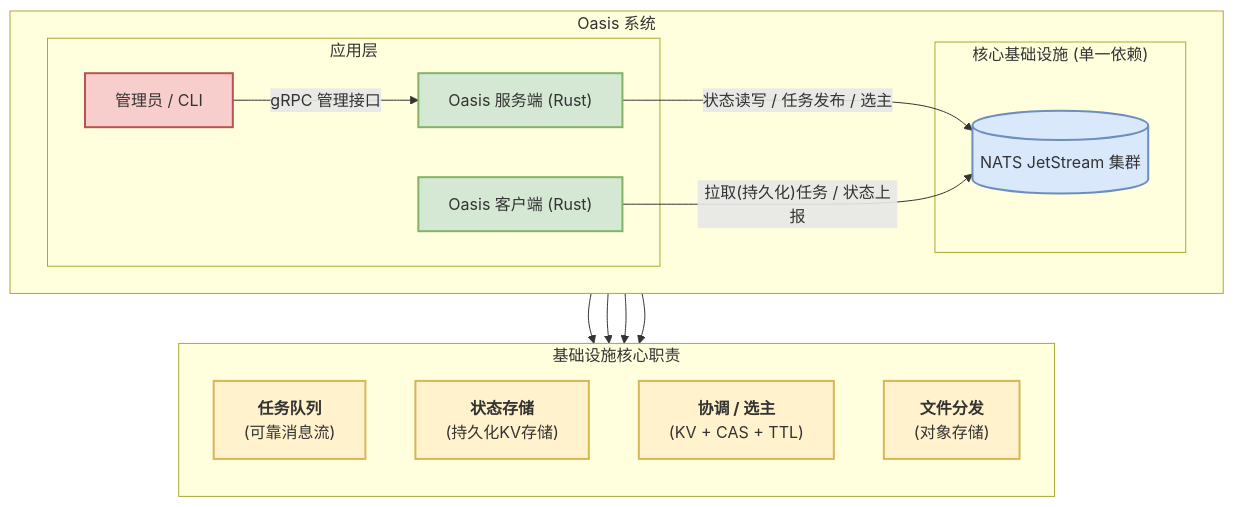
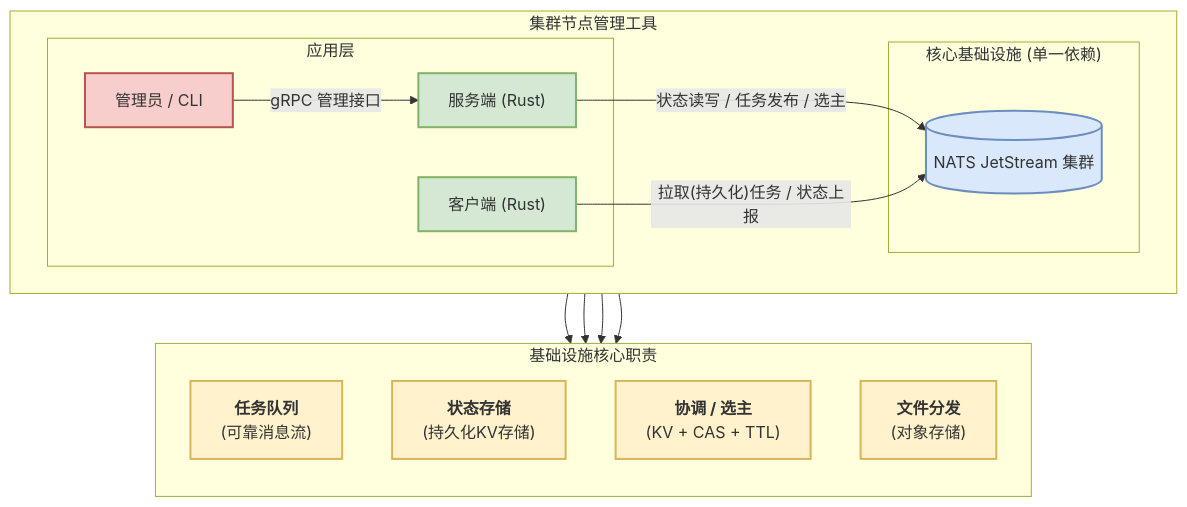
Before and after one commit to CHAK-MING/oasis: the first of 5 diagrams in 大规模集群节点管理工具方案设计文档.md, drawn with Mermaid. The commit also changed other lines of this file, not shown here.

````diff
--- a/大规模集群节点管理工具方案设计文档.md
+++ b/大规模集群节点管理工具方案设计文档.md
@@ -17,39 +19,39 @@
 ```mermaid
 graph TD
     %% 定义不同组件的样式
     classDef server fill:#D5E8D4,stroke:#82B366,stroke-width:2px;
     classDef agent fill:#D5E8D4,stroke:#82B366,stroke-width:2px;
     classDef infra fill:#DAE8FC,stroke:#6C8EBF,stroke-width:2px;
     classDef responsibility fill:#FFF2CC,stroke:#D6B656,stroke-width:2px;
     classDef admin fill:#F8CECC,stroke:#B85450,stroke-width:2px;
 
-    subgraph "Oasis 系统"
+    subgraph "集群节点管理工具"
         direction LR
         subgraph "应用层"
             Admin["管理员 / CLI"]:::admin
-            Server["Oasis 服务端 (Rust)"]:::server
-            Agent["Oasis 客户端 (Rust)"]:::agent
+            Server["服务端 (Rust)"]:::server
+            Agent["客户端 (Rust)"]:::agent
         end
 
         subgraph "核心基础设施 (单一依赖)"
             JetStream[("NATS JetStream 集群")]:::infra
         end
 
         Admin -- "gRPC 管理接口" --> Server
         Server -- "状态读写 / 任务发布 / 选主" --> JetStream
         Agent -- "拉取(持久化)任务 / 状态上报" --> JetStream
     end
 
     subgraph "基础设施核心职责"
         direction TB
         TaskQueue["<b>任务队列</b><br/>(可靠消息流)"]:::responsibility
         StateStore["<b>状态存储</b><br/>(持久化KV存储)"]:::responsibility
         Election["<b>协调 / 选主</b><br/>(KV + CAS + TTL)"]:::responsibility
         FileStore["<b>文件分发</b><br/>(对象存储)"]:::responsibility
     end
 
     JetStream --> TaskQueue
     JetStream --> StateStore
     JetStream --> Election
     JetStream --> FileStore
 ```
````
